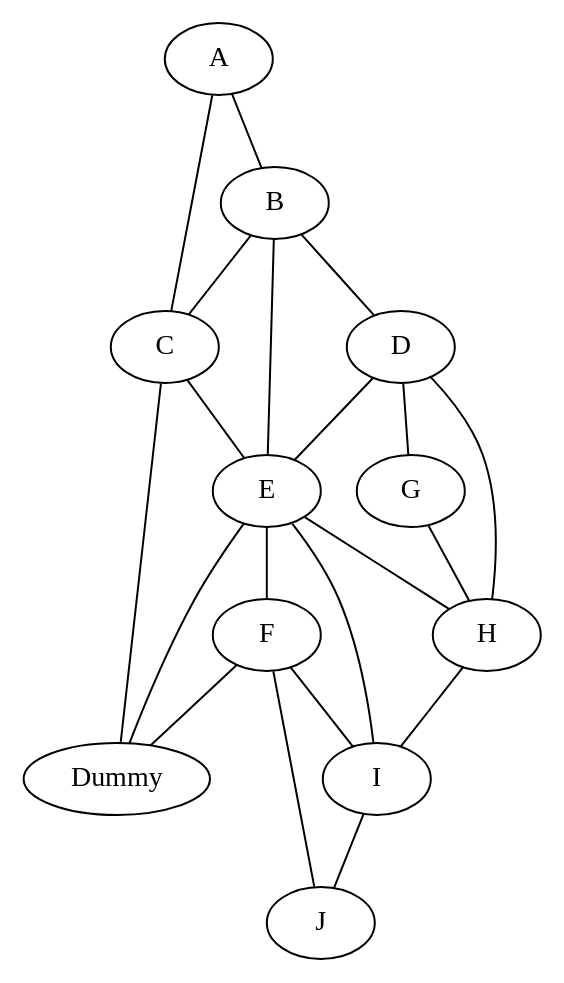
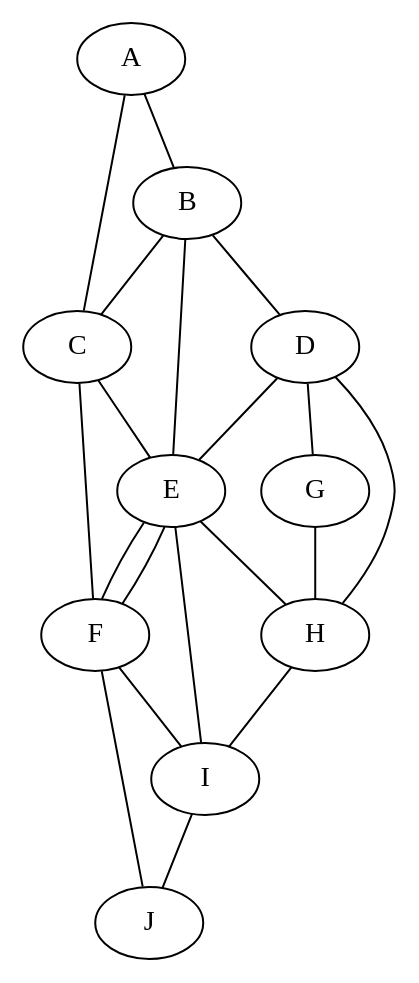
The diagram in old/jsCanvas/graphs/triangle_thing.dot (JacobLMiller/hyperbolic-space-graphs), drawn with Graphviz before and after one commit. The commit also changed 6 other files, not shown here.

```diff
--- a/old/jsCanvas/graphs/triangle_thing.dot
+++ b/old/jsCanvas/graphs/triangle_thing.dot
@@ -1,34 +1,32 @@
 graph {
 "A";
 "B";
 "C";
 "D";
 "E";
 "F";
 "G";
 "H";
 "I";
 "J";
-"Dummy";
 
 "A" -- "B";
 "A" -- "C";
 "B" -- "C";
 "B" -- "D";
 "B" -- "E";
 "C" -- "E";
+"C"--"F";
+"F"--"E";
 "D" -- "E";
 "E" -- "F";
-"E" -- "Dummy";
-"C" -- "Dummy";
-"F" -- "Dummy";
 "D" -- "G";
 "D" -- "H";
 "E" -- "H";
 "E" -- "I";
 "F" -- "I";
 "F" -- "J";
 "G" -- "H";
 "H" -- "I";
 "I" -- "J";
 }
```
